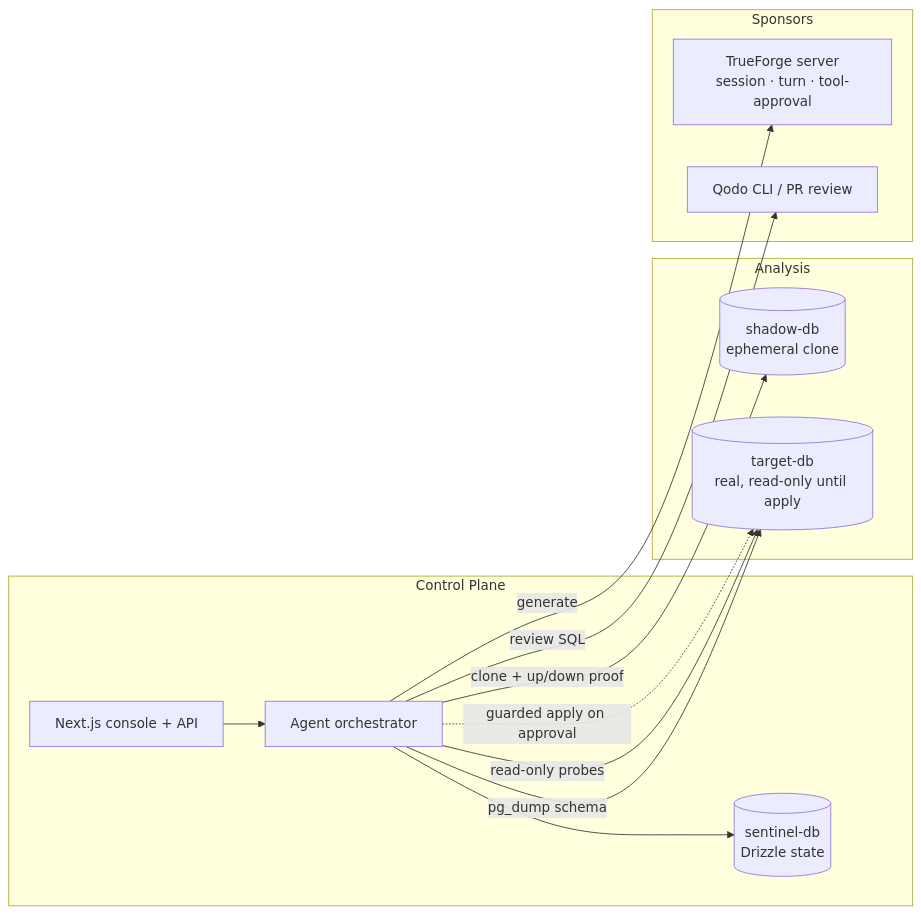
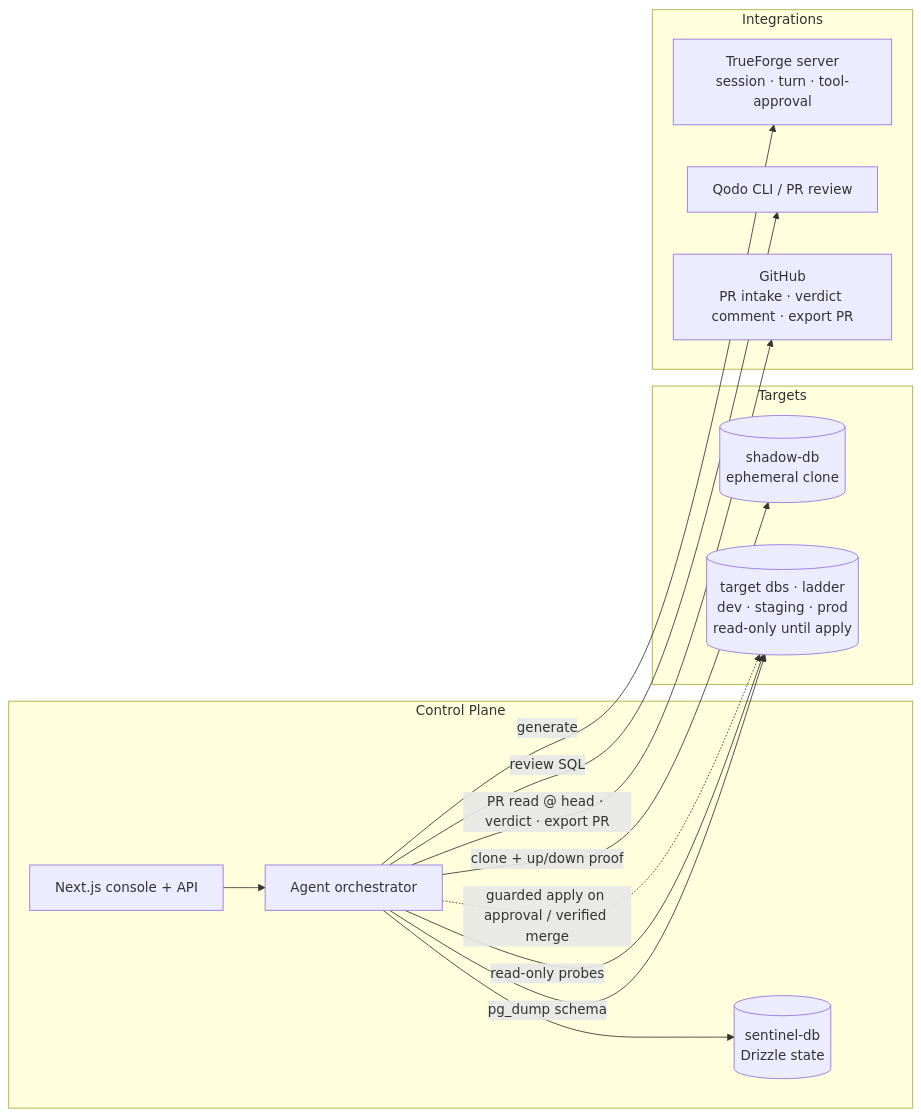
The second of 3 diagrams in README.md (SamChawla/migration-sentinel), drawn with Mermaid before and after one commit. The commit also changed other lines of this file and 2 other files, not shown here.

First line of the commit message:
docs: refresh diagrams for the GitOps architecture (GitHub intake, two-gate, ladder)

````diff
--- a/README.md
+++ b/README.md
@@ -159,25 +163,27 @@
 ```mermaid
 flowchart LR
     subgraph Control Plane
         WEB[Next.js console + API]
         AGENT[Agent orchestrator]
         SENT[(sentinel-db<br/>Drizzle state)]
     end
-    subgraph Analysis
+    subgraph Targets
         SHADOW[(shadow-db<br/>ephemeral clone)]
-        TARGET[(target-db<br/>real, read-only until apply)]
+        TARGET[(target dbs · ladder<br/>dev · staging · prod<br/>read-only until apply)]
     end
-    subgraph Sponsors
+    subgraph Integrations
         TF[TrueForge server<br/>session · turn · tool-approval]
         QODO[Qodo CLI / PR review]
+        GH[GitHub<br/>PR intake · verdict comment · export PR]
     end
 
     WEB --> AGENT
     AGENT --> SENT
     AGENT -->|generate| TF
+    AGENT -->|PR read @ head · verdict · export PR| GH
     AGENT -->|pg_dump schema| TARGET
     AGENT -->|clone + up/down proof| SHADOW
     AGENT -->|read-only probes| TARGET
     AGENT -->|review SQL| QODO
-    AGENT -.->|guarded apply on approval| TARGET
+    AGENT -.->|guarded apply on approval / verified merge| TARGET
 ```
````
